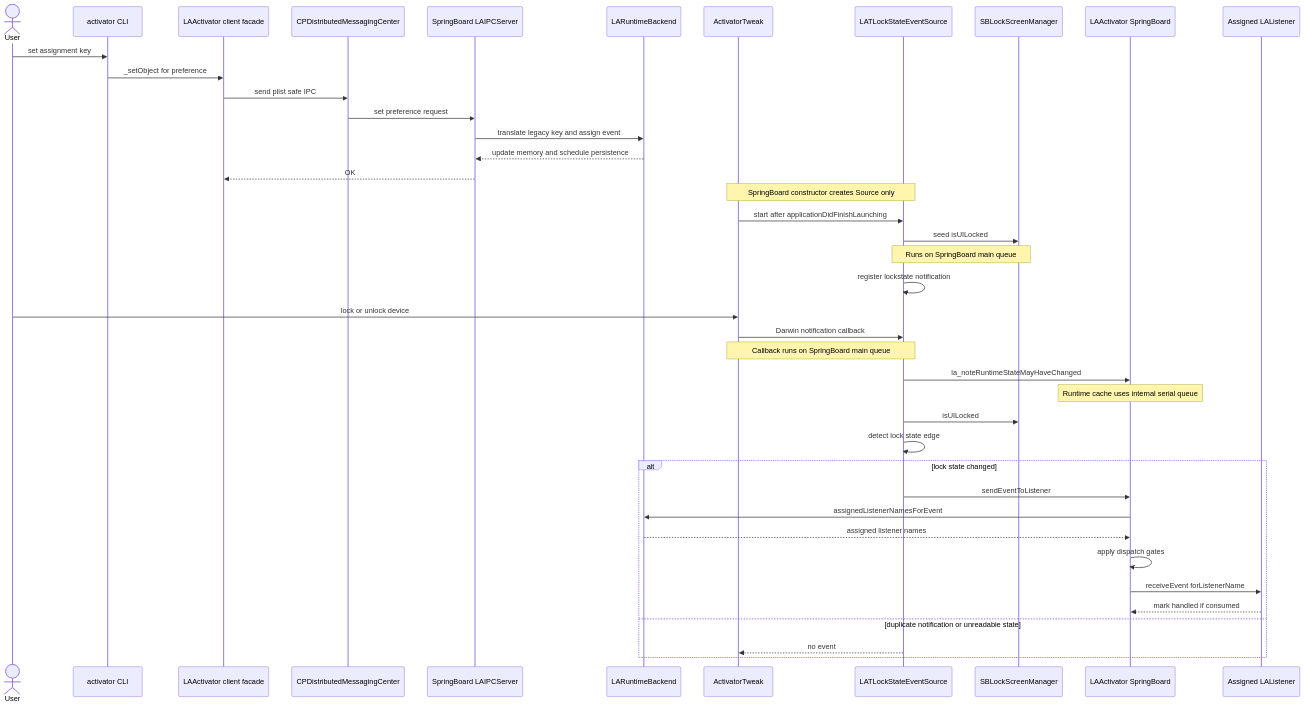
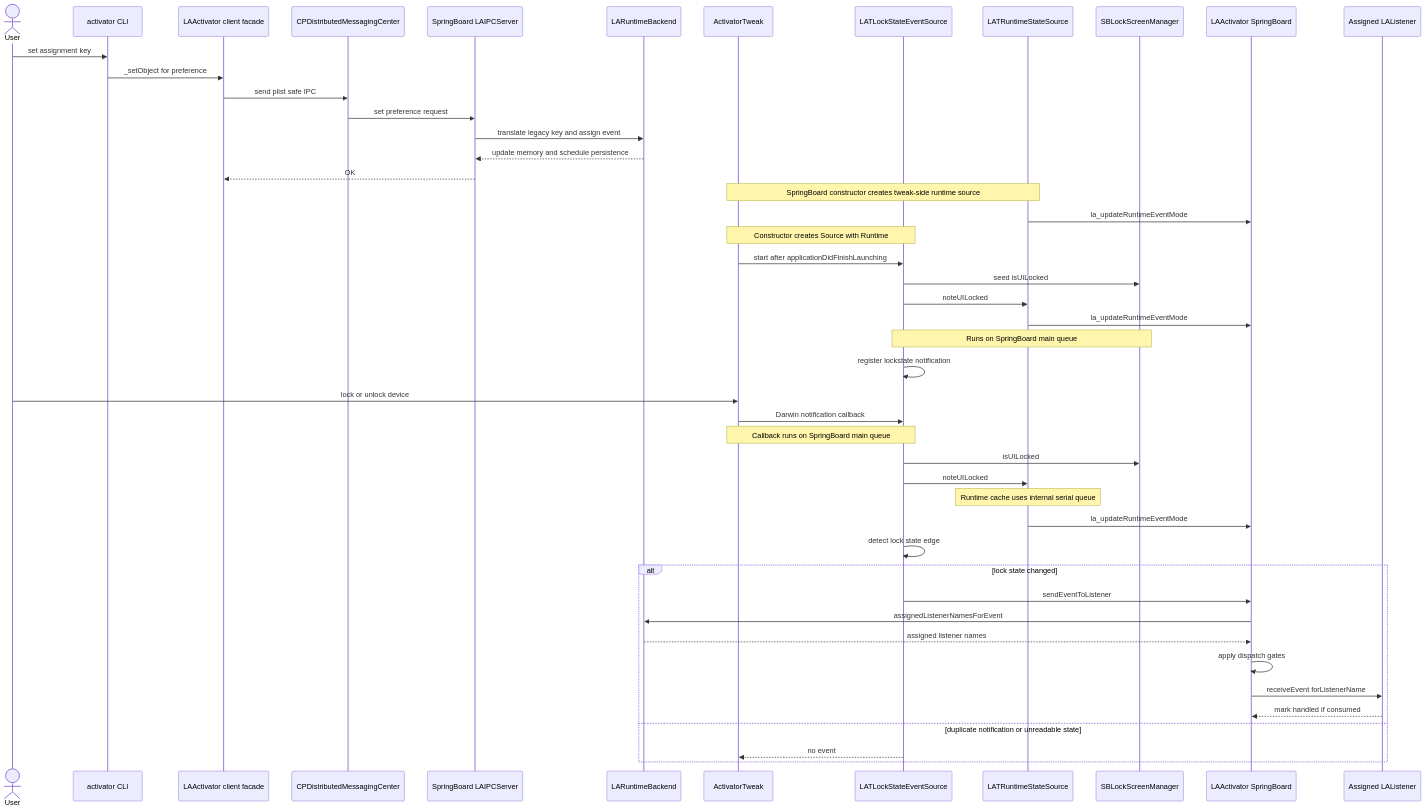
One commit to Lessica/libactivator changed the diagram in docs/LOW_RISK_EVENT_SOURCE_FLOW.md. Above: the diagram before and after it, drawn with Mermaid. The commit also changed 45 other files, not shown here.

Commit message:
Consolidate runtime state and HID sending into tweak

````diff
--- a/docs/LOW_RISK_EVENT_SOURCE_FLOW.md
+++ b/docs/LOW_RISK_EVENT_SOURCE_FLOW.md
@@ -5,47 +5,53 @@
 ```mermaid
 sequenceDiagram
     actor User
     participant CLI as activator CLI
     participant Client as LAActivator client facade
     participant IPC as CPDistributedMessagingCenter
     participant Server as SpringBoard LAIPCServer
     participant Backend as LARuntimeBackend
     participant Tweak as ActivatorTweak
     participant Source as LATLockStateEventSource
+    participant Runtime as LATRuntimeStateSource
     participant Lock as SBLockScreenManager
     participant Activator as LAActivator SpringBoard
     participant Listener as Assigned LAListener
 
     User->>CLI: set assignment key
     CLI->>Client: _setObject for preference
     Client->>IPC: send plist safe IPC
     IPC->>Server: set preference request
     Server->>Backend: translate legacy key and assign event
     Backend-->>Server: update memory and schedule persistence
     Server-->>Client: OK
 
-    Note over Tweak,Source: SpringBoard constructor creates Source only
+    Note over Tweak,Runtime: SpringBoard constructor creates tweak-side runtime source
+    Runtime->>Activator: la_updateRuntimeEventMode
+    Note over Tweak,Source: Constructor creates Source with Runtime
     Tweak->>Source: start after applicationDidFinishLaunching
     Source->>Lock: seed isUILocked
+    Source->>Runtime: noteUILocked
+    Runtime->>Activator: la_updateRuntimeEventMode
     Note over Source,Lock: Runs on SpringBoard main queue
     Source->>Source: register lockstate notification
 
     User->>Tweak: lock or unlock device
     Tweak->>Source: Darwin notification callback
     Note over Tweak,Source: Callback runs on SpringBoard main queue
-    Source->>Activator: la_noteRuntimeStateMayHaveChanged
-    Note over Activator: Runtime cache uses internal serial queue
     Source->>Lock: isUILocked
+    Source->>Runtime: noteUILocked
+    Note over Runtime: Runtime cache uses internal serial queue
+    Runtime->>Activator: la_updateRuntimeEventMode
     Source->>Source: detect lock state edge
 
     alt lock state changed
         Source->>Activator: sendEventToListener
         Activator->>Backend: assignedListenerNamesForEvent
         Backend-->>Activator: assigned listener names
         Activator->>Activator: apply dispatch gates
         Activator->>Listener: receiveEvent forListenerName
         Listener-->>Activator: mark handled if consumed
     else duplicate notification or unreadable state
         Source-->>Tweak: no event
     end
 ```
````
